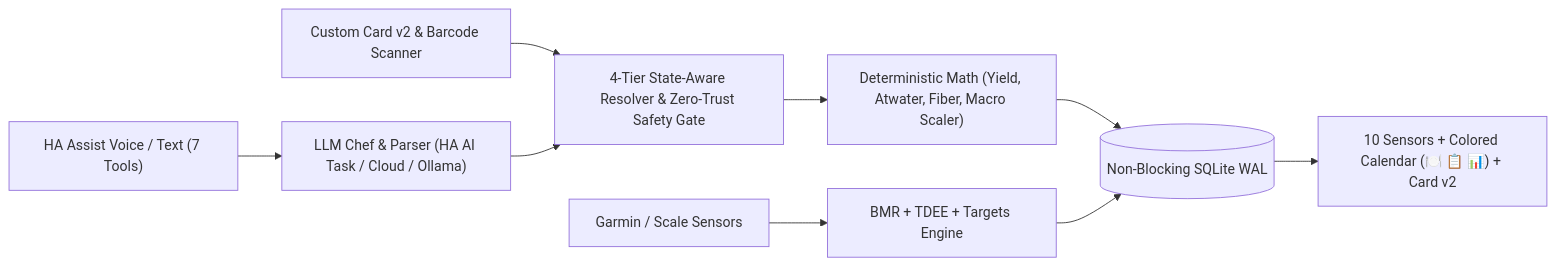
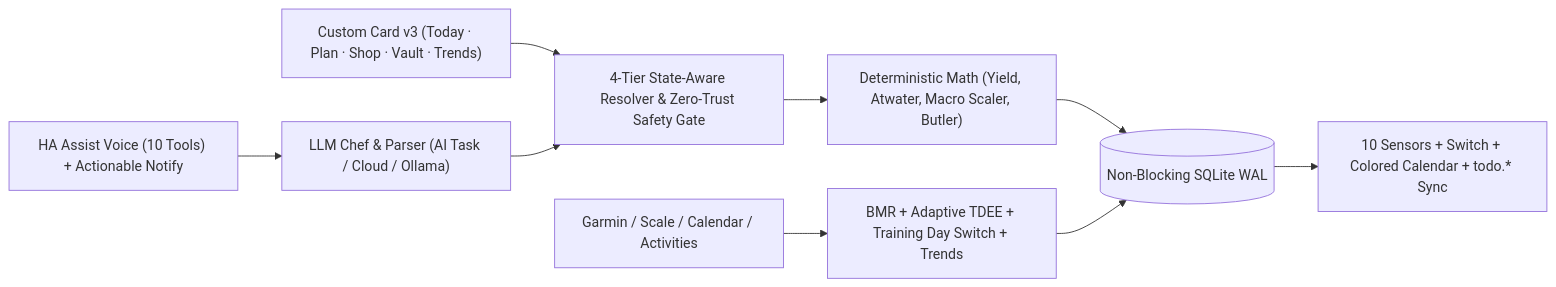
One commit to nicobarlaba/ha-calories-buddy changed the diagram in README.md. Above: the diagram before and after it, drawn with Mermaid. The commit also changed other lines of this file and 57 other files, not shown here.

Commit message:
Release v0.3.0: Phase 3 Butler shopping, Workouts, Adaptive TDEE, Trends, Card v3 & HACS readiness

````diff
--- a/README.md
+++ b/README.md
@@ -46,11 +51,11 @@
 ```mermaid
 flowchart LR
-    VOICE["HA Assist Voice / Text (7 Tools)"] --> PARSE["LLM Chef & Parser (HA AI Task / Cloud / Ollama)"]
-    CARD["Custom Card v2 & Barcode Scanner"] --> RESOLVE
+    VOICE["HA Assist Voice (10 Tools) + Actionable Notify"] --> PARSE["LLM Chef & Parser (AI Task / Cloud / Ollama)"]
+    CARD["Custom Card v3 (Today · Plan · Shop · Vault · Trends)"] --> RESOLVE
     PARSE --> RESOLVE["4-Tier State-Aware Resolver & Zero-Trust Safety Gate"]
-    RESOLVE --> MATH["Deterministic Math (Yield, Atwater, Fiber, Macro Scaler)"]
+    RESOLVE --> MATH["Deterministic Math (Yield, Atwater, Macro Scaler, Butler)"]
     MATH --> STORAGE[("Non-Blocking SQLite WAL")]
-    HA_SENS["Garmin / Scale Sensors"] --> PHYS["BMR + TDEE + Targets Engine"]
+    HA_SENS["Garmin / Scale / Calendar / Activities"] --> PHYS["BMR + Adaptive TDEE + Training Day Switch + Trends"]
     PHYS --> STORAGE
-    STORAGE --> ENT["10 Sensors + Colored Calendar (🍽️ 📋 📊) + Card v2"]
+    STORAGE --> ENT["10 Sensors + Switch + Colored Calendar + todo.* Sync"]
 ```
````
